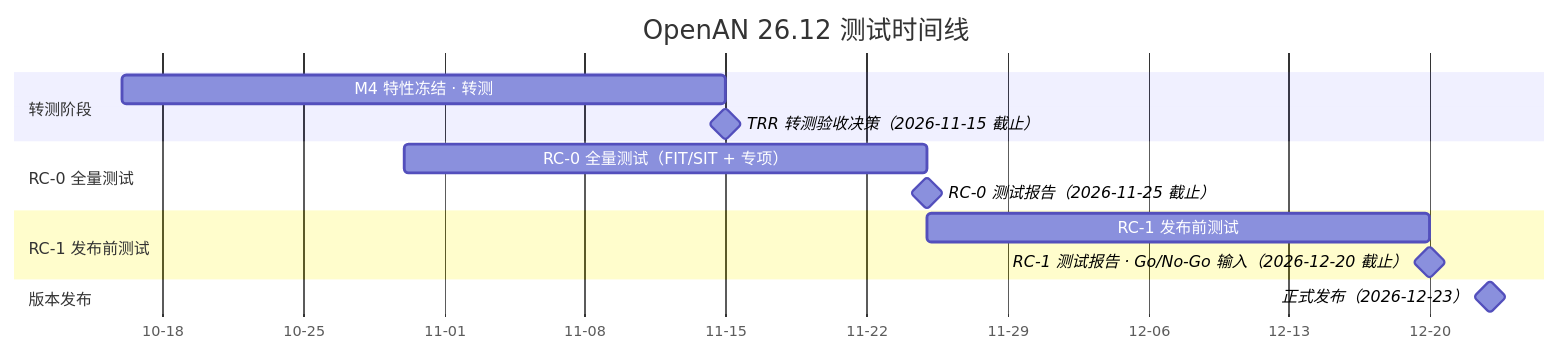
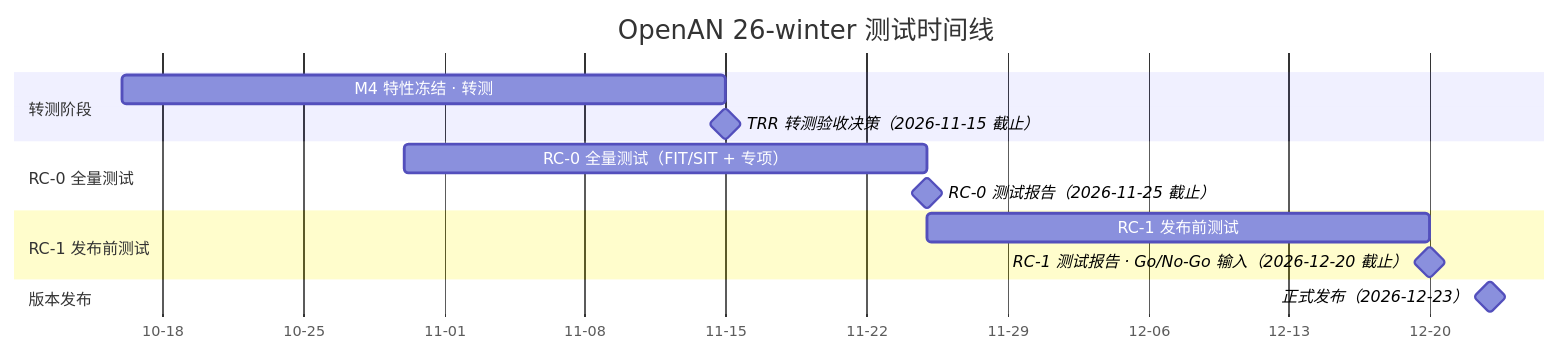
One commit to XunliYang/e2e-test changed the first of 2 diagrams in docs/openan-integration-testing-wg-homepage.md. Above: the diagram before and after it, drawn with Mermaid. The commit also changed other lines of this file and 1 other file, not shown here.

Commit message:
docs: modify 26.12 release to 26-winter release version

````diff
--- a/docs/openan-integration-testing-wg-homepage.md
+++ b/docs/openan-integration-testing-wg-homepage.md
@@ -33,22 +33,22 @@
 ```mermaid
 gantt
-    title OpenAN 26.12 测试时间线
+    title OpenAN 26-winter 测试时间线
     dateFormat YYYY-MM-DD
     axisFormat %m-%d
     todayMarker off
 
     section 转测阶段
     M4 特性冻结 · 转测    :m4, 2026-10-16, 30d
     TRR 转测验收决策（2026-11-15 截止）                              :milestone, m4_trr, 2026-11-15, 0d
 
     section RC-0 全量测试
     RC-0 全量测试（FIT/SIT + 专项）   :r0, 2026-10-30, 26d
     RC-0 测试报告（2026-11-25 截止）                                 :milestone, r0_report, 2026-11-25, 0d
 
     section RC-1 发布前测试
     RC-1 发布前测试      :r1, 2026-11-25, 25d
     RC-1 测试报告 · Go/No-Go 输入（2026-12-20 截止）                 :milestone, r1_report, 2026-12-20, 0d
 
     section 版本发布
     正式发布（2026-12-23）                                      :milestone, release, 2026-12-23, 0d
 ```
````
